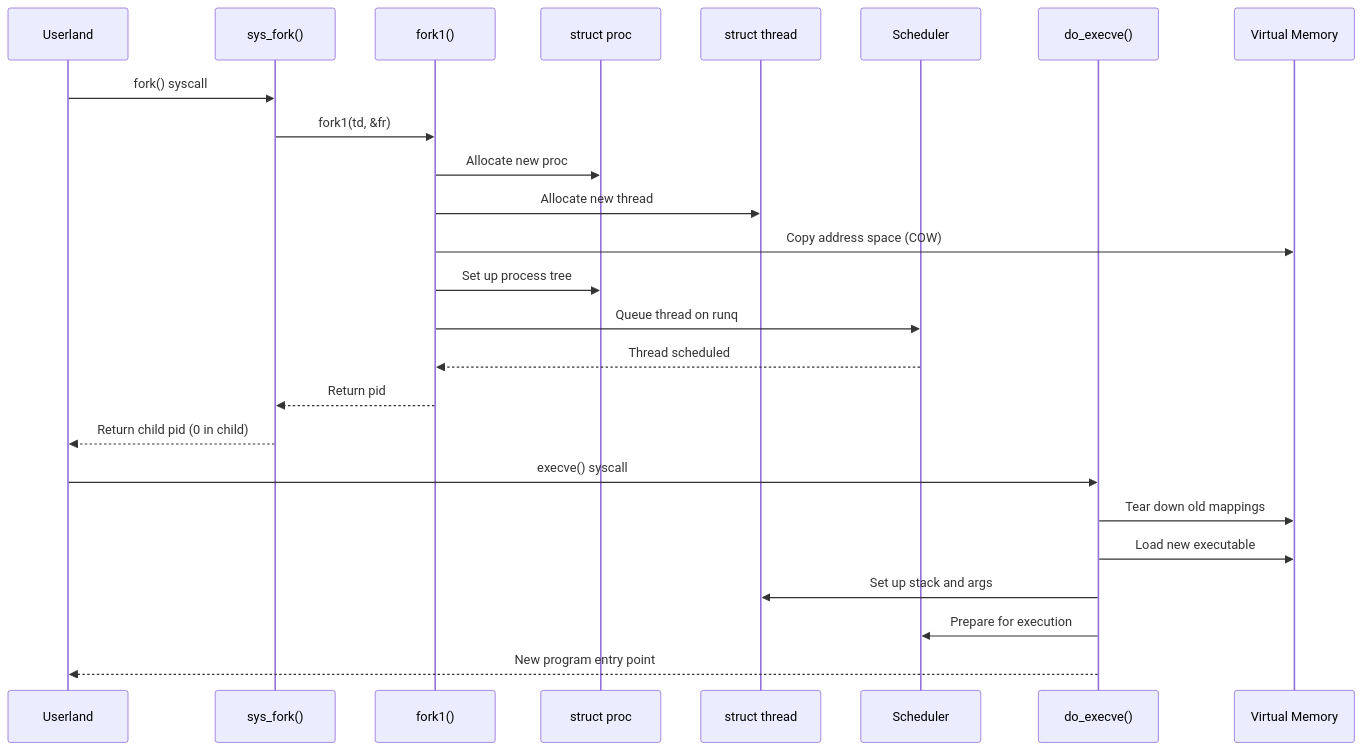
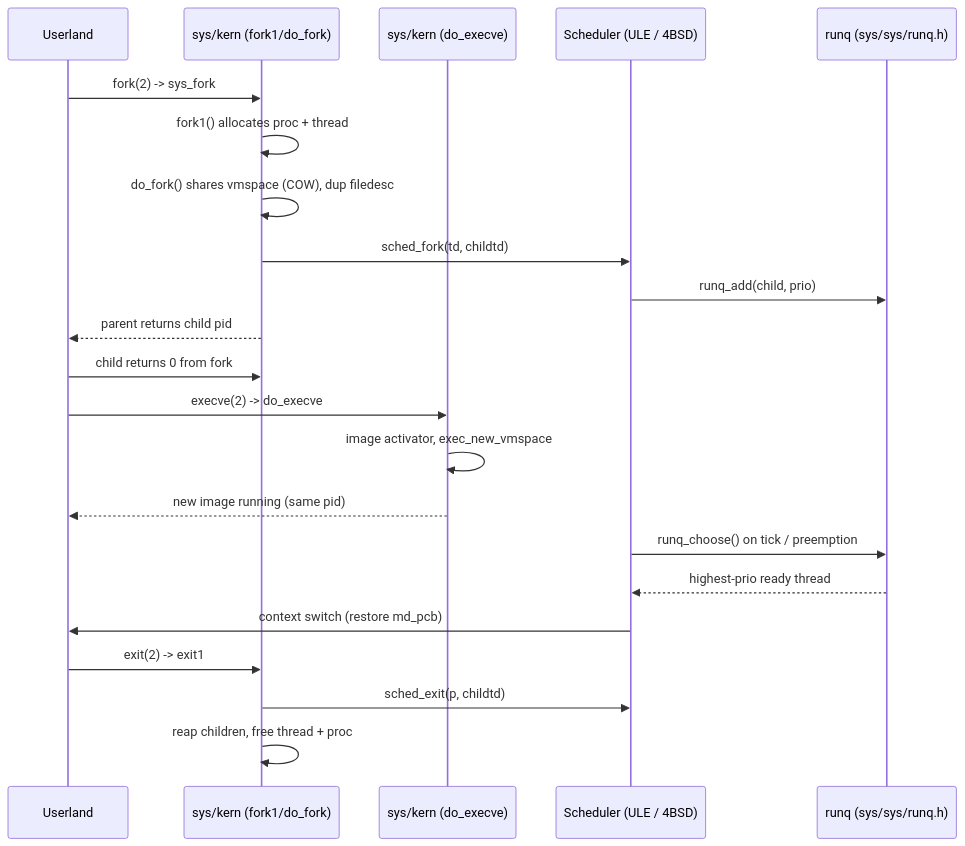
Before and after one commit to ocochard/freebsd-src: the diagram in sys/kern/README_process.md, drawn with Mermaid. The commit also changed other lines of this file and 40 other files, not shown here.

````diff
--- a/sys/kern/README_process.md
+++ b/sys/kern/README_process.md
@@ -318,29 +262,25 @@
 ```mermaid
 sequenceDiagram
-    participant User as Userland
-    participant Fork as sys_fork()
-    participant Fork1 as fork1()
-    participant Proc as struct proc
-    participant Thread as struct thread
-    participant Sched as Scheduler
-    participant Exec as do_execve()
-    participant VM as Virtual Memory
+    participant U as Userland
+    participant K as sys/kern (fork1/do_fork)
+    participant E as sys/kern (do_execve)
+    participant S as Scheduler (ULE / 4BSD)
+    participant RQ as runq (sys/sys/runq.h)
 
-    User->>Fork: fork() syscall
-    Fork->>Fork1: fork1(td, &fr)
-    Fork1->>Proc: Allocate new proc
-    Fork1->>Thread: Allocate new thread
-    Fork1->>VM: Copy address space (COW)
-    Fork1->>Proc: Set up process tree
-    Fork1->>Sched: Queue thread on runq
-    Sched-->>Fork1: Thread scheduled
-    Fork1-->>Fork: Return pid
-    Fork-->>User: Return child pid (0 in child)
-
-    User->>Exec: execve() syscall
-    Exec->>VM: Tear down old mappings
-    Exec->>VM: Load new executable
-    Exec->>Thread: Set up stack and args
-    Exec->>Sched: Prepare for execution
-    Exec-->>User: New program entry point
+    U->>K: fork(2) -> sys_fork
+    K->>K: fork1() allocates proc + thread
+    K->>K: do_fork() shares vmspace (COW), dup filedesc
+    K->>S: sched_fork(td, childtd)
+    S->>RQ: runq_add(child, prio)
+    K-->>U: parent returns child pid
+    U->>K: child returns 0 from fork
+    U->>E: execve(2) -> do_execve
+    E->>E: image activator, exec_new_vmspace
+    E-->>U: new image running (same pid)
+    S->>RQ: runq_choose() on tick / preemption
+    RQ-->>S: highest-prio ready thread
+    S->>U: context switch (restore md_pcb)
+    U->>K: exit(2) -> exit1
+    K->>S: sched_exit(p, childtd)
+    K->>K: reap children, free thread + proc
 ```
````
